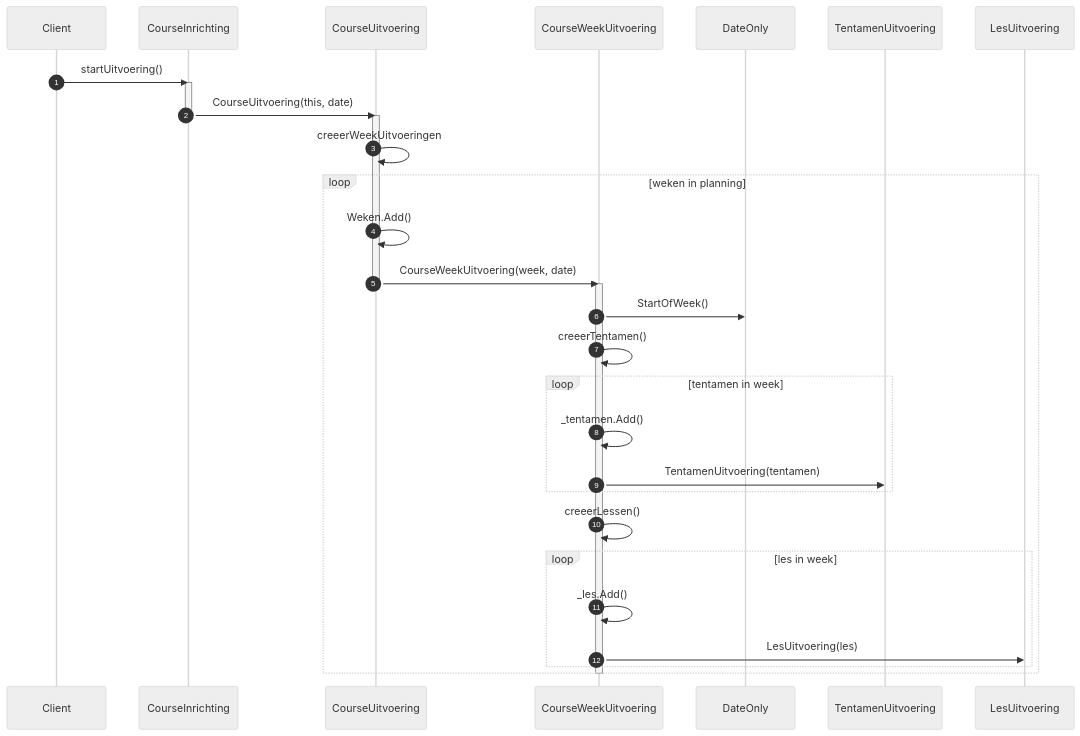
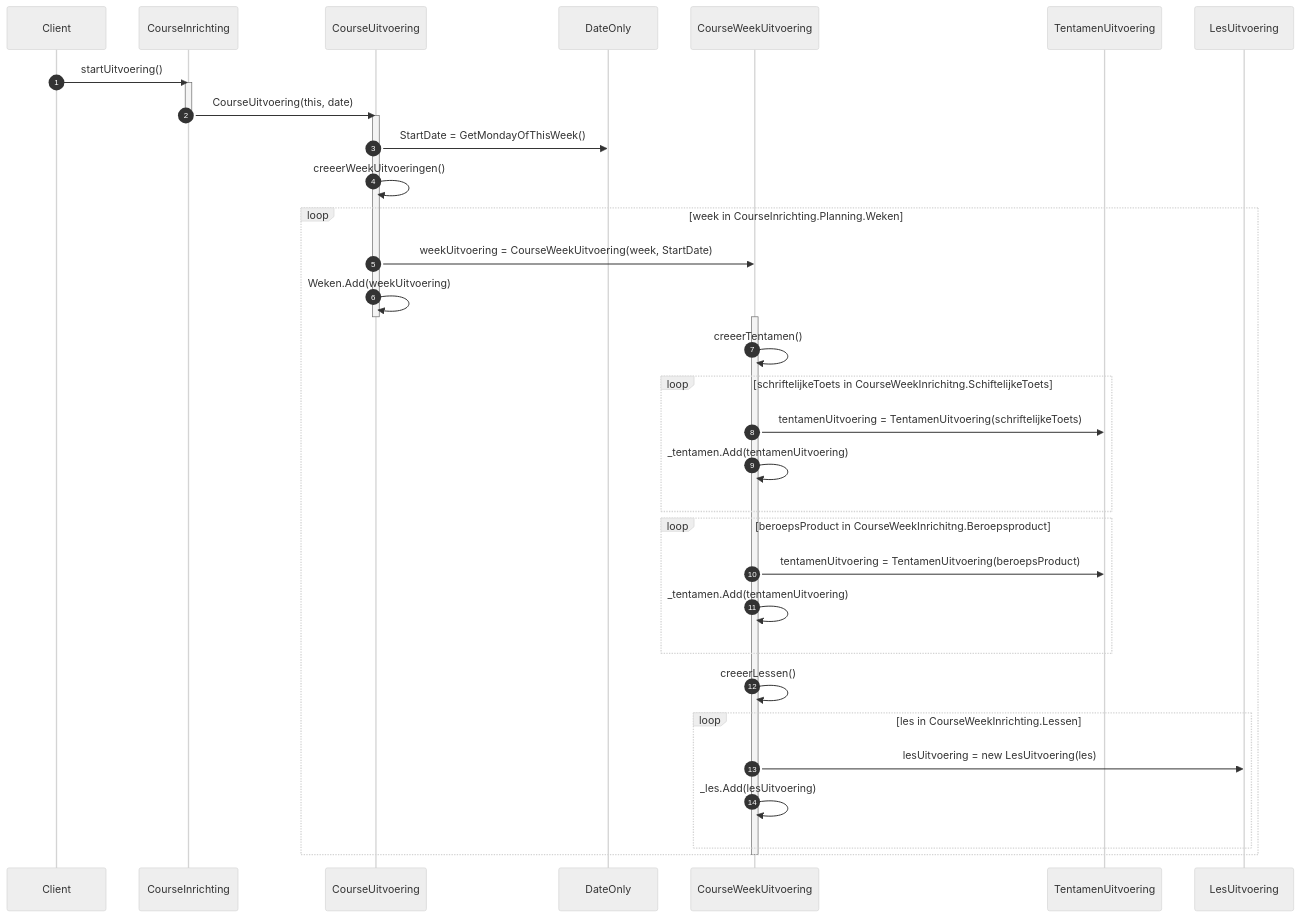
The fourth of 6 diagrams in docs/to/index.md (thommythompson/han-oose), drawn with Mermaid (neutral theme) before and after one commit. The commit also changed other lines of this file and 3 other files, not shown here.

````diff
--- a/docs/to/index.md
+++ b/docs/to/index.md
@@ -513,31 +515,38 @@
 ```mermaid
 sequenceDiagram
     autonumber
     Client->>CourseInrichting: startUitvoering()
     activate CourseInrichting
     CourseInrichting->>CourseUitvoering: CourseUitvoering(this, date)
     deactivate CourseInrichting
     activate CourseUitvoering
-    CourseUitvoering->>CourseUitvoering: creeerWeekUitvoeringen
+    CourseUitvoering->>DateOnly: StartDate = GetMondayOfThisWeek()
+    CourseUitvoering->>CourseUitvoering: creeerWeekUitvoeringen()
     
-    loop weken in planning
-        CourseUitvoering->>CourseUitvoering: Weken.Add()
-        CourseUitvoering->>CourseWeekUitvoering: CourseWeekUitvoering(week, date)
+    loop week in CourseInrichting.Planning.Weken
+        CourseUitvoering->>CourseWeekUitvoering: weekUitvoering = CourseWeekUitvoering(week, StartDate)
+        CourseUitvoering->>CourseUitvoering: Weken.Add(weekUitvoering)
         deactivate CourseUitvoering
+
         activate CourseWeekUitvoering
-        CourseWeekUitvoering->>DateOnly: StartOfWeek()
-        
+
         CourseWeekUitvoering->>CourseWeekUitvoering: creeerTentamen()
-        loop tentamen in week
-            CourseWeekUitvoering->>CourseWeekUitvoering: _tentamen.Add()
-            CourseWeekUitvoering ->> TentamenUitvoering: TentamenUitvoering(tentamen)
+        loop schriftelijkeToets in CourseWeekInrichitng.SchiftelijkeToets
+            CourseWeekUitvoering ->> TentamenUitvoering: tentamenUitvoering = TentamenUitvoering(schriftelijkeToets)
+            CourseWeekUitvoering->>CourseWeekUitvoering: _tentamen.Add(tentamenUitvoering)
         end
+        loop beroepsProduct in CourseWeekInrichitng.Beroepsproduct
+            CourseWeekUitvoering ->> TentamenUitvoering: tentamenUitvoering = TentamenUitvoering(beroepsProduct)
+            CourseWeekUitvoering->>CourseWeekUitvoering: _tentamen.Add(tentamenUitvoering)
+        end
+
         CourseWeekUitvoering->>CourseWeekUitvoering: creeerLessen()
-        loop les in week
-            CourseWeekUitvoering->>CourseWeekUitvoering: _les.Add()
-            CourseWeekUitvoering ->> LesUitvoering: LesUitvoering(les)
+        loop les in CourseWeekInrichting.Lessen
+            CourseWeekUitvoering->>LesUitvoering: lesUitvoering = new LesUitvoering(les);
+            CourseWeekUitvoering->>CourseWeekUitvoering: _les.Add(lesUitvoering)
         end
+
     end
     deactivate CourseWeekUitvoering
     
 ```
````
